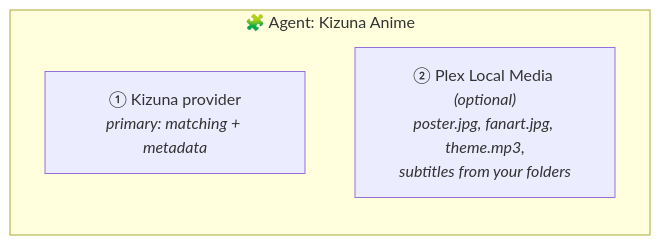
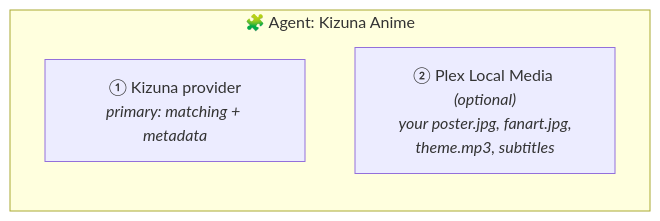
Before and after one commit to KurtzPT/kizuna: the second of 2 diagrams in SETUP.md, drawn with Mermaid. The commit also changed other lines of this file and 9 other files, not shown here.

````diff
--- a/SETUP.md
+++ b/SETUP.md
@@ -162,8 +135,8 @@
 ```mermaid
 flowchart LR
     subgraph agent["🧩 Agent: Kizuna Anime"]
         direction TB
         A["① Kizuna provider<br/><i>primary: matching + metadata</i>"]
-        B["② Plex Local Media <i>(optional)</i><br/><i>poster.jpg, fanart.jpg, theme.mp3,<br/>subtitles from your folders</i>"]
+        B["② Plex Local Media <i>(optional)</i><br/><i>your poster.jpg, fanart.jpg,<br/>theme.mp3, subtitles</i>"]
     end
 ```
````
